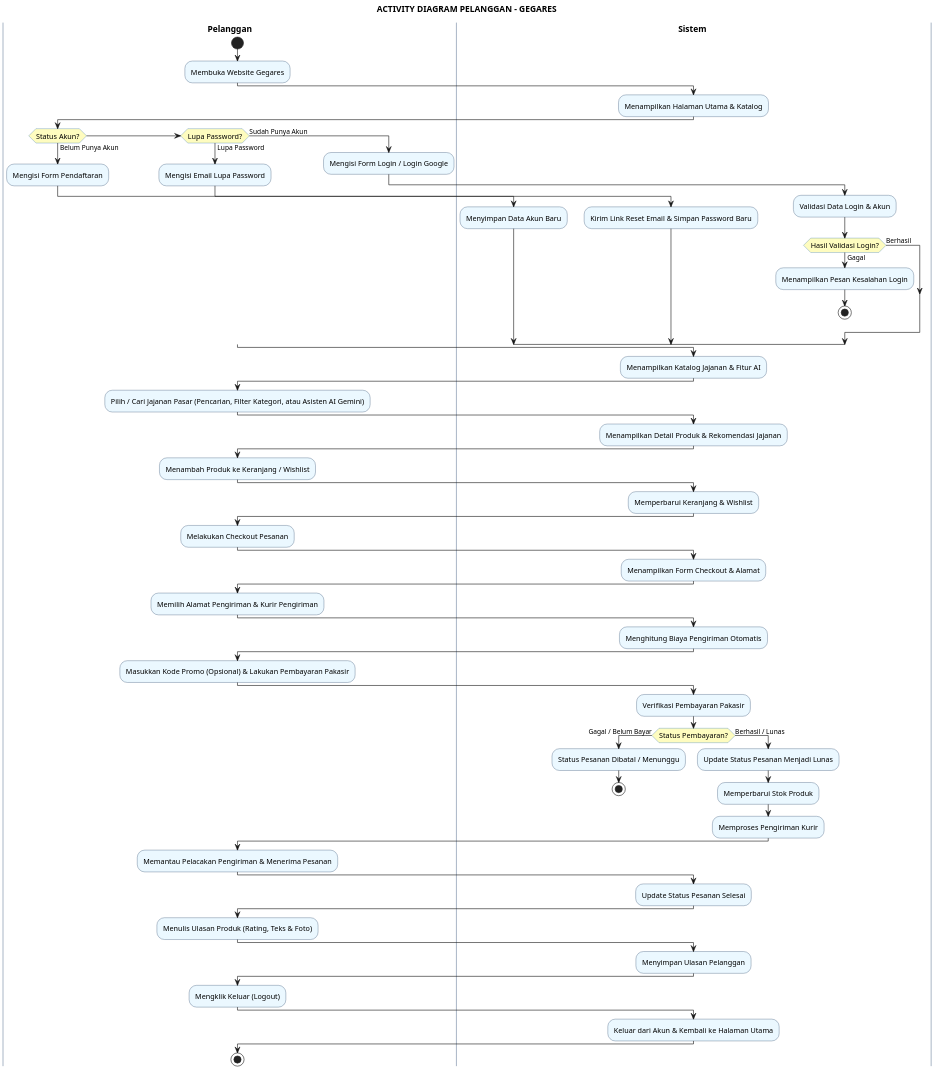
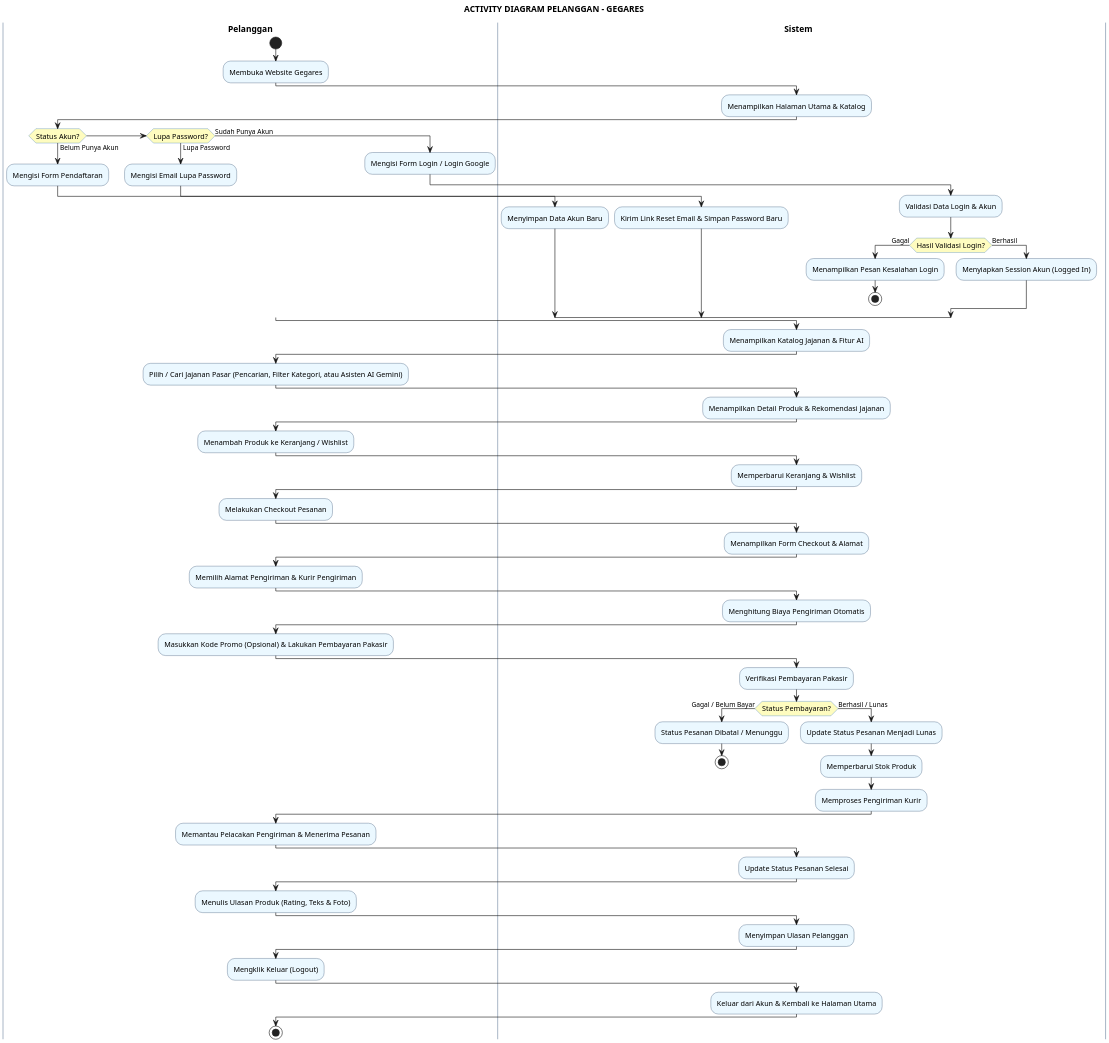
One commit to greedykid/gegares_toko changed the diagram in activity_diagram_pelanggan.puml. Above: the diagram before and after it, drawn with PlantUML. The commit also changed 5 other files, not shown here.

Commit message:
fix(diagram): add explicit session action box so catalog incoming arrows have clear labeled sources

```diff
--- a/activity_diagram_pelanggan.puml
+++ b/activity_diagram_pelanggan.puml
@@ -1,107 +1,108 @@
 @startuml
 skinparam dpi 180
 skinparam defaultFontName "SansSerif"
 skinparam ActivityFontSize 12
 skinparam ActivityBorderColor #1A365D
 skinparam ActivityBackgroundColor #EBF8FF
 skinparam ActivityDiamondBorderColor #2B6CB0
 skinparam ActivityDiamondBackgroundColor #FEFCBF
 skinparam SwimlaneTitleFontSize 14
 skinparam SwimlaneTitleFontStyle bold
 skinparam SwimlaneBorderColor #A0AEC0
 skinparam SwimlaneWidth 280
 
 title **ACTIVITY DIAGRAM PELANGGAN - GEGARES**
 
 |Pelanggan|
 start
 :Membuka Website Gegares;
 
 |Sistem|
 :Menampilkan Halaman Utama & Katalog;
 
 |Pelanggan|
 if (Status Akun?) then (Belum Punya Akun)
   |Pelanggan|
   :Mengisi Form Pendaftaran;
   |Sistem|
   :Menyimpan Data Akun Baru;
 else if (Lupa Password?) then (Lupa Password)
   |Pelanggan|
   :Mengisi Email Lupa Password;
   |Sistem|
   :Kirim Link Reset Email & Simpan Password Baru;
 else (Sudah Punya Akun)
   |Pelanggan|
   :Mengisi Form Login / Login Google;
   |Sistem|
   :Validasi Data Login & Akun;
   if (Hasil Validasi Login?) then (Gagal)
     :Menampilkan Pesan Kesalahan Login;
     stop
   else (Berhasil)
+    :Menyiapkan Session Akun (Logged In);
   endif
 endif
 
 |Sistem|
 :Menampilkan Katalog Jajanan & Fitur AI;
 
 |Pelanggan|
 :Pilih / Cari Jajanan Pasar (Pencarian, Filter Kategori, atau Asisten AI Gemini);
 
 |Sistem|
 :Menampilkan Detail Produk & Rekomendasi Jajanan;
 
 |Pelanggan|
 :Menambah Produk ke Keranjang / Wishlist;
 
 |Sistem|
 :Memperbarui Keranjang & Wishlist;
 
 |Pelanggan|
 :Melakukan Checkout Pesanan;
 
 |Sistem|
 :Menampilkan Form Checkout & Alamat;
 
 |Pelanggan|
 :Memilih Alamat Pengiriman & Kurir Pengiriman;
 
 |Sistem|
 :Menghitung Biaya Pengiriman Otomatis;
 
 |Pelanggan|
 :Masukkan Kode Promo (Opsional) & Lakukan Pembayaran Pakasir;
 
 |Sistem|
 :Verifikasi Pembayaran Pakasir;
 if (Status Pembayaran?) then (Gagal / Belum Bayar)
   :Status Pesanan Dibatal / Menunggu;
   stop
 else (Berhasil / Lunas)
   :Update Status Pesanan Menjadi Lunas;
   :Memperbarui Stok Produk;
   :Memproses Pengiriman Kurir;
 endif
 
 |Pelanggan|
 :Memantau Pelacakan Pengiriman & Menerima Pesanan;
 
 |Sistem|
 :Update Status Pesanan Selesai;
 
 |Pelanggan|
 :Menulis Ulasan Produk (Rating, Teks & Foto);
 
 |Sistem|
 :Menyimpan Ulasan Pelanggan;
 
 |Pelanggan|
 :Mengklik Keluar (Logout);
 
 |Sistem|
 :Keluar dari Akun & Kembali ke Halaman Utama;
 
 |Pelanggan|
 stop
 @enduml
```
